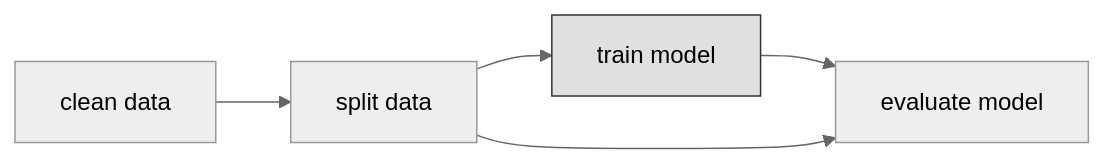
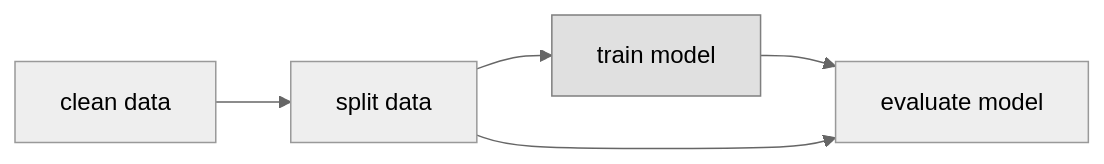
The second of 5 diagrams in src/simple.qmd (unionai-oss/pandera-posit-2023), drawn with Mermaid (neutral theme) before and after one commit. The commit also changed other lines of this file and 4 other files, not shown here.

````diff
--- a/src/simple.qmd
+++ b/src/simple.qmd
@@ -108,12 +138,12 @@
 ```{mermaid}
 %%| fig-width: 10
 %%| fig-height: 5
 
 flowchart LR
   A[clean data] --> S[split data]
   S --> B[train model]
   B --> C[evaluate model]
   S --> C
 
-  style B fill:#e0e0e0,stroke:#333
+  style B fill:#e0e0e0,stroke:#7f7f7f
 ```
````
